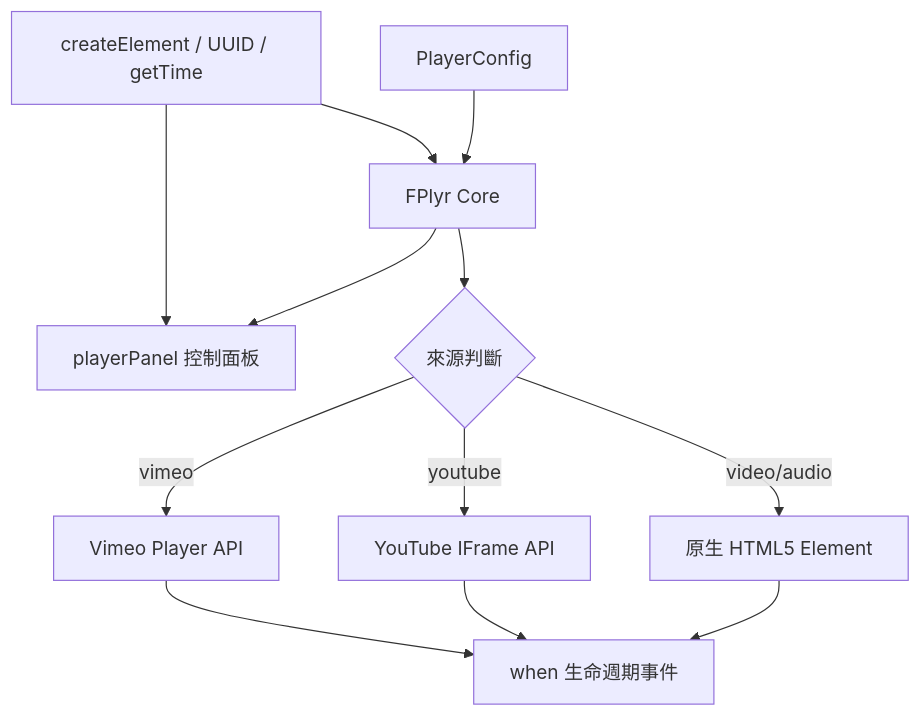
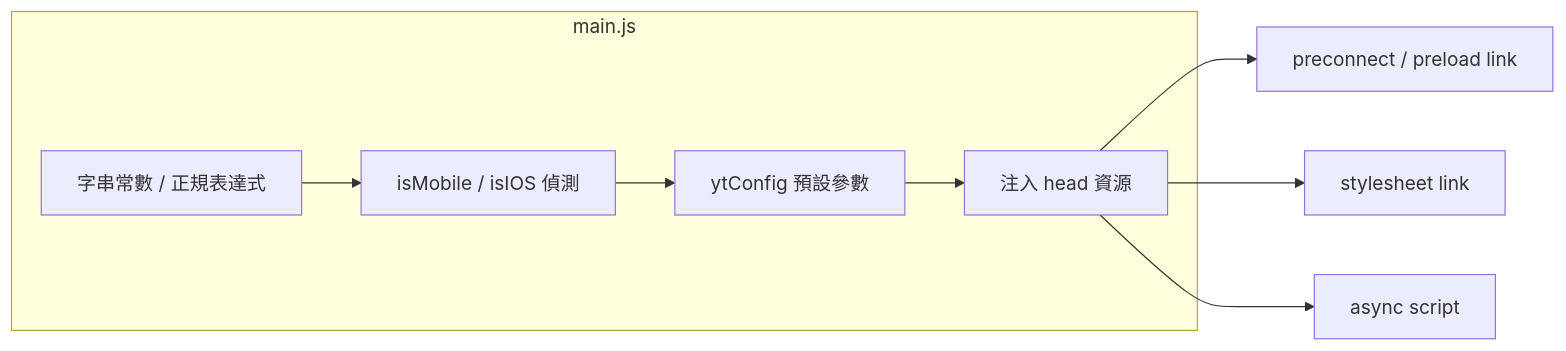
One commit to pardnchiu/FlexPlyr changed the second of 9 diagrams in doc/architecture.zh.md. Above: the diagram before and after it, drawn with Mermaid. The commit also changed other lines of this file and 7 other files, not shown here.

Commit message:
doc: Regenerate bilingual README, doc, and architecture docs from source

````diff
--- a/doc/architecture.zh.md
+++ b/doc/architecture.zh.md
@@ -7,14 +38,11 @@
 ```mermaid
-graph TB
-    A[PlayerConfig] --> B[FPlyr Core]
-    B --> C[playerPanel 控制面板]
-    B --> D{來源判斷}
-    D -->|video/audio| E[原生 HTML5 Element]
-    D -->|youtube| F[YouTube IFrame API]
-    D -->|vimeo| G[Vimeo Player API]
-    E --> H[when 生命週期事件]
-    F --> H
-    G --> H
-    I[createElement / UUID / getTime] --> B
-    I --> C
+graph LR
+    subgraph main.js
+        CONST[字串常數 / 正規表達式] --> DETECT[isMobile / isIOS 偵測]
+        DETECT --> YTCFG[ytConfig 預設參數]
+        YTCFG --> INJECT[注入 head 資源]
+    end
+    INJECT --> PRE[preconnect / preload link]
+    INJECT --> STYLE[stylesheet link]
+    INJECT --> SCRIPT[async script]
 ```
````
